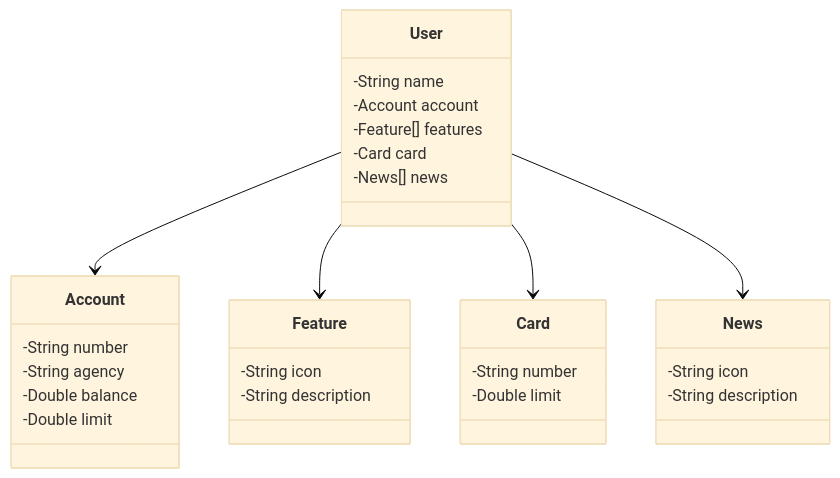
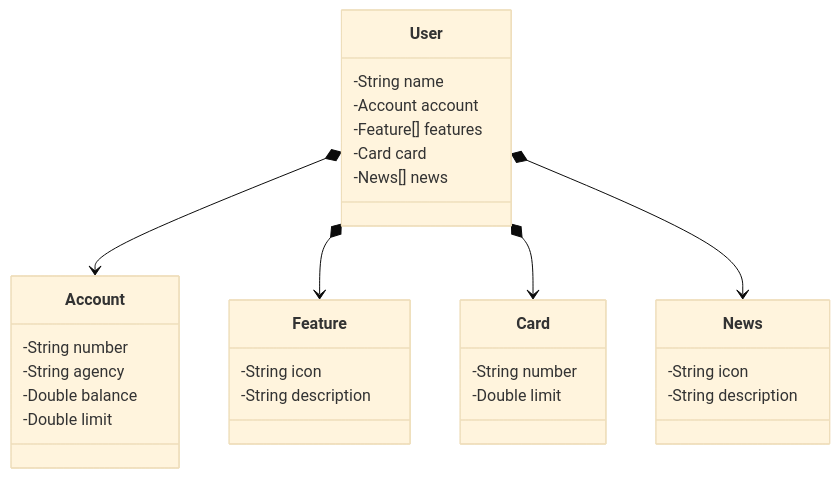
One commit to MSouza27/santander-dev-week-2023 changed the diagram in README.md. Above: the diagram before and after it, drawn with Mermaid (base theme).

````diff
--- a/README.md
+++ b/README.md
@@ -6,37 +6,37 @@
 ```mermaid
 classDiagram
     class User {
         -String name
         -Account account
         -Feature[] features
         -Card card
         -News[] news
     }
 
     class Account {
         -String number
         -String agency
         -Double balance
         -Double limit
     }
 
     class Feature {
         -String icon
         -String description
     }
 
     class Card {
         -String number
         -Double limit
     }
 
     class News {
         -String icon
         -String description
     }
 
-    User --> Account
-    User --> Feature
-    User --> Card
-    User --> News 
+    User *--> Account
+    User *--> Feature
+    User *--> Card
+    User *--> News 
 ```
````
